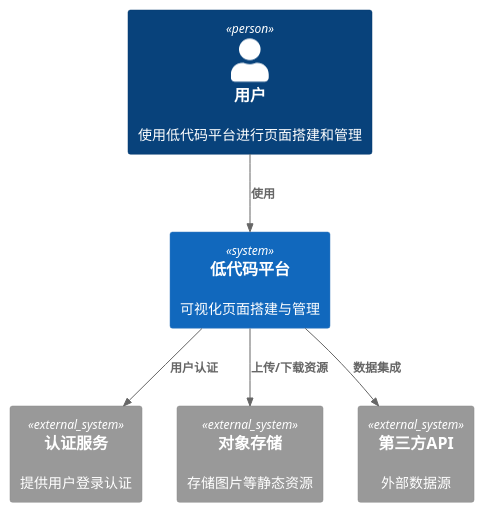
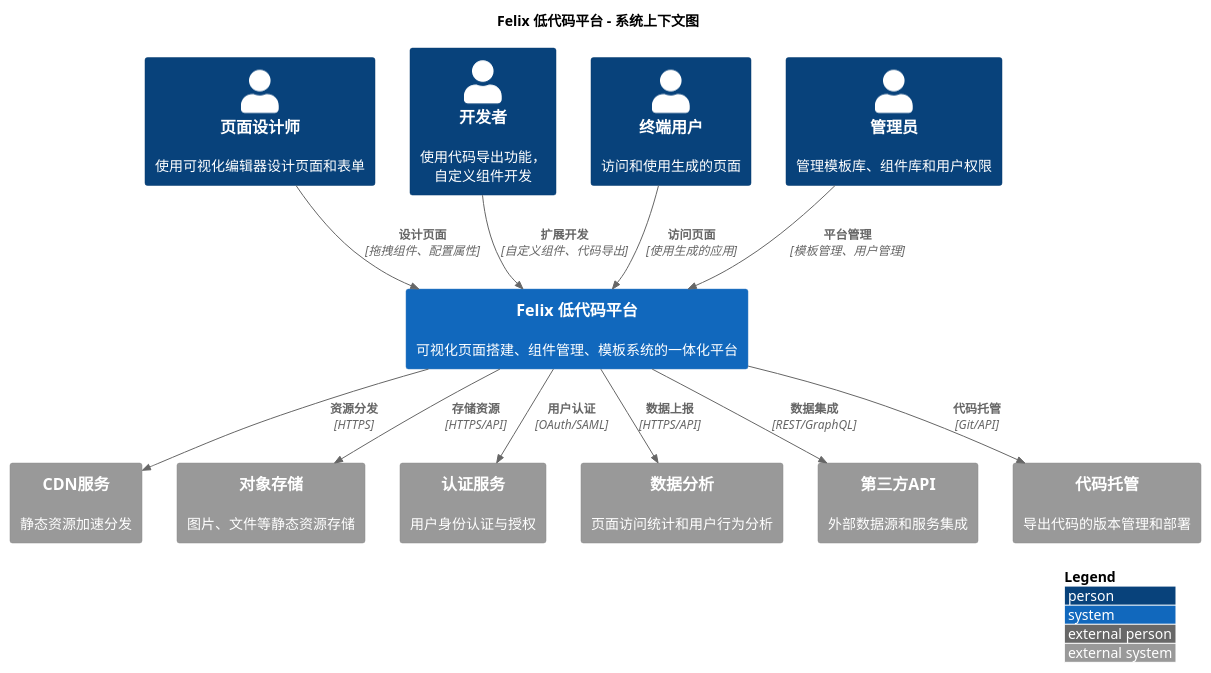
Before and after one commit to felixzhu97/low-code-platform: the diagram in docs/architecture/c4-context.puml, drawn with PlantUML. The commit also changed 7 other files, not shown here.

First line of the commit message:
docs: Update architecture documentation with detailed C4 models and README

```diff
--- a/docs/architecture/c4-context.puml
+++ b/docs/architecture/c4-context.puml
@@ -1,15 +1,34 @@
 @startuml
 !include ./c4-plantuml/C4_Context.puml
 
-Person(user, "用户", "使用低代码平台进行页面搭建和管理")
-System(system, "低代码平台", "可视化页面搭建与管理")
-System_Ext(auth, "认证服务", "提供用户登录认证")
-System_Ext(storage, "对象存储", "存储图片等静态资源")
-System_Ext(api, "第三方API", "外部数据源")
+LAYOUT_WITH_LEGEND()
 
-Rel(user, system, "使用")
-Rel(system, auth, "用户认证")
-Rel(system, storage, "上传/下载资源")
-Rel(system, api, "数据集成")
+title Felix 低代码平台 - 系统上下文图
+
+Person(designer, "页面设计师", "使用可视化编辑器设计页面和表单")
+Person(developer, "开发者", "使用代码导出功能，自定义组件开发")
+Person(enduser, "终端用户", "访问和使用生成的页面")
+Person(admin, "管理员", "管理模板库、组件库和用户权限")
+
+System(lowcode, "Felix 低代码平台", "可视化页面搭建、组件管理、模板系统的一体化平台")
+
+System_Ext(cdn, "CDN服务", "静态资源加速分发")
+System_Ext(storage, "对象存储", "图片、文件等静态资源存储")
+System_Ext(auth, "认证服务", "用户身份认证与授权")
+System_Ext(analytics, "数据分析", "页面访问统计和用户行为分析")
+System_Ext(api, "第三方API", "外部数据源和服务集成")
+System_Ext(export_service, "代码托管", "导出代码的版本管理和部署")
+
+Rel(designer, lowcode, "设计页面", "拖拽组件、配置属性")
+Rel(developer, lowcode, "扩展开发", "自定义组件、代码导出")
+Rel(admin, lowcode, "平台管理", "模板管理、用户管理")
+Rel(enduser, lowcode, "访问页面", "使用生成的应用")
+
+Rel(lowcode, storage, "存储资源", "HTTPS/API")
+Rel(lowcode, cdn, "资源分发", "HTTPS")
+Rel(lowcode, auth, "用户认证", "OAuth/SAML")
+Rel(lowcode, analytics, "数据上报", "HTTPS/API")
+Rel(lowcode, api, "数据集成", "REST/GraphQL")
+Rel(lowcode, export_service, "代码托管", "Git/API")
 
 @enduml 
```
